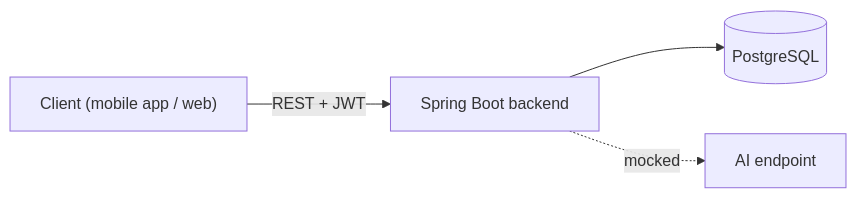
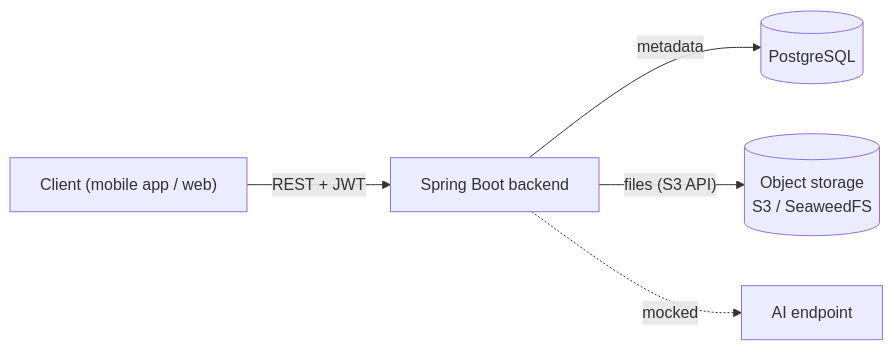
Before and after one commit to SasiPiro/TestAutoWizard: the first of 2 diagrams in README.md, drawn with Mermaid. The commit also changed other lines of this file, not shown here.

Commit message:
docs: README after the move to object storage

````diff
--- a/README.md
+++ b/README.md
@@ -65,6 +67,7 @@
 ```mermaid
 graph LR
     C["Client (mobile app / web)"] -->|"REST + JWT"| API["Spring Boot backend"]
-    API --> DB[("PostgreSQL")]
+    API -->|"metadata"| DB[("PostgreSQL")]
+    API -->|"files (S3 API)"| S3[("Object storage<br/>S3 / SeaweedFS")]
     API -.->|"mocked"| AI["AI endpoint"]
 ```
````
